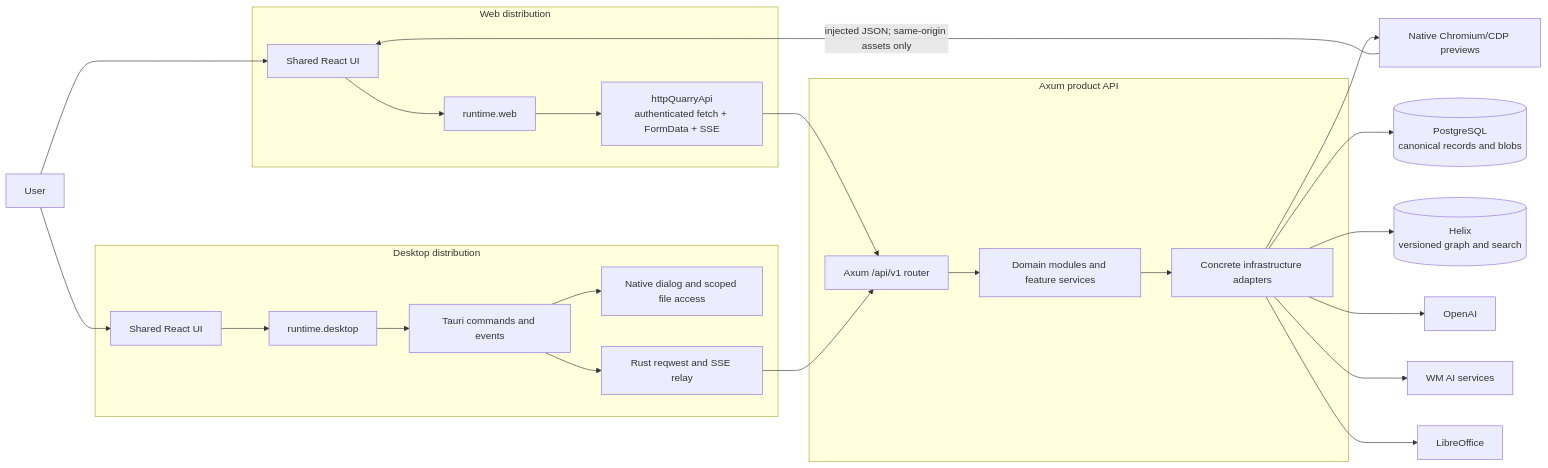
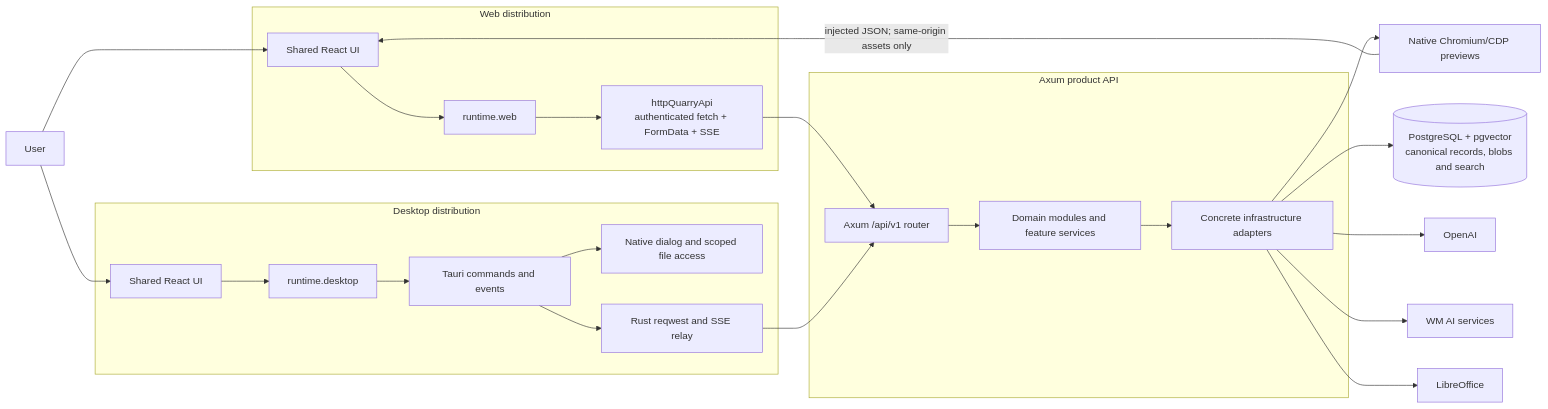
Before and after one commit to ratik-gambhir-WM/Quarry: the first of 2 diagrams in docs/ARCHITECTURE.md, drawn with Mermaid. The commit also changed other lines of this file and 114 other files, not shown here.

````diff
--- a/docs/ARCHITECTURE.md
+++ b/docs/ARCHITECTURE.md
@@ -89,49 +91,47 @@
 ```mermaid
 flowchart LR
     User[User]
 
     subgraph Browser[Web distribution]
         WebUI[Shared React UI]
         WebRuntime[runtime.web]
         HttpApi[httpQuarryApi\nauthenticated fetch + FormData + SSE]
         WebUI --> WebRuntime --> HttpApi
     end
 
     subgraph Desktop[Desktop distribution]
         DesktopUI[Shared React UI]
         DesktopRuntime[runtime.desktop]
         Tauri[Tauri commands and events]
         Native[Native dialog and scoped file access]
         Relay[Rust reqwest and SSE relay]
         DesktopUI --> DesktopRuntime --> Tauri
         Tauri --> Native
         Tauri --> Relay
     end
 
     subgraph Server[Axum product API]
         Router[Axum /api/v1 router]
         Domains[Domain modules and feature services]
         Adapters[Concrete infrastructure adapters]
         Router --> Domains --> Adapters
     end
 
     PreviewRunner[Native Chromium/CDP previews]
 
-    PostgreSQL[(PostgreSQL\ncanonical records and blobs)]
-    Helix[(Helix\nversioned graph and search)]
+    PostgreSQL[(PostgreSQL + pgvector\ncanonical records, blobs and search)]
     OpenAI[OpenAI]
     WmAi[WM AI services]
     Office[LibreOffice]
 
     User --> WebUI
     User --> DesktopUI
     HttpApi --> Router
     Relay --> Router
     Adapters --> PreviewRunner
     PreviewRunner -->|injected JSON; same-origin assets only| WebUI
     Adapters --> PostgreSQL
-    Adapters --> Helix
     Adapters --> OpenAI
     Adapters --> WmAi
     Adapters --> Office
 ```
````
